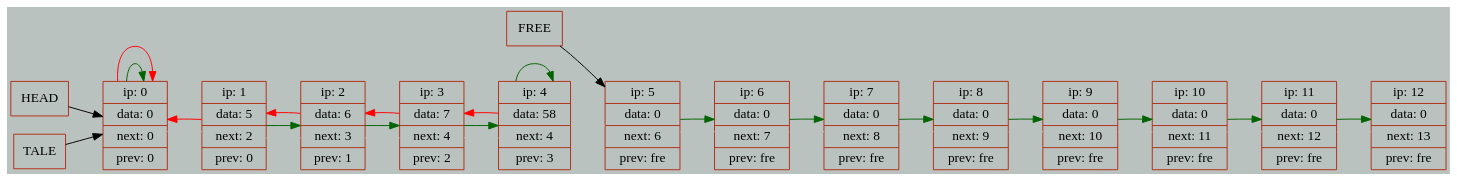
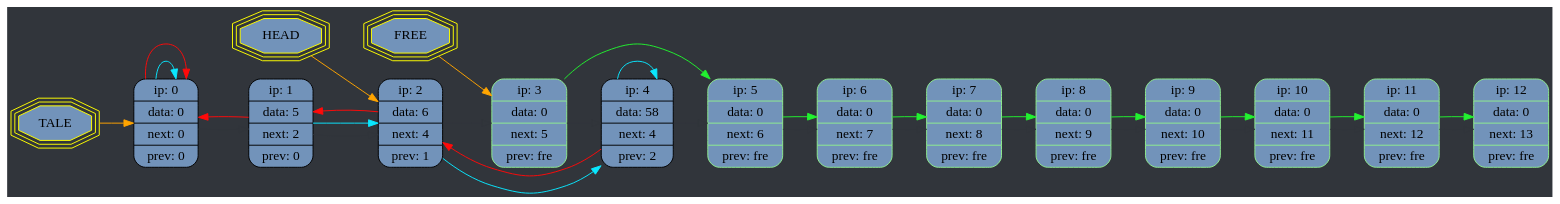
Before and after one commit to andrushechka37/List: the diagram in grath.dot, drawn with Graphviz. The commit also changed 3 other files, not shown here.

```diff
--- a/grath.dot
+++ b/grath.dot
@@ -1,47 +1,46 @@
 digraph structs {
 	rankdir=LR;
-	graph [bgcolor="#bac2c0"]
-	node[color="#b02f15",fontsize=14];
+	graph [bgcolor="#31353b"]
+	node[color="black",fontsize=14];
 	edge[color="darkgreen",fontcolor="blue",fontsize=12];
 
 
-	0 [shape=record,label=" ip: 0 | data: 0| next: 0| prev: 0" ];
-	1 [shape=record,label=" ip: 1 | data: 5| next: 2| prev: 0" ];
-	2 [shape=record,label=" ip: 2 | data: 6| next: 3| prev: 1" ];
-	3 [shape=record,label=" ip: 3 | data: 7| next: 4| prev: 2" ];
-	4 [shape=record,label=" ip: 4 | data: 58| next: 4| prev: 3" ];
-	5 [shape=record,label=" ip: 5 | data: 0| next: 6| prev: fre" ];
-	6 [shape=record,label=" ip: 6 | data: 0| next: 7| prev: fre" ];
-	7 [shape=record,label=" ip: 7 | data: 0| next: 8| prev: fre" ];
-	8 [shape=record,label=" ip: 8 | data: 0| next: 9| prev: fre" ];
-	9 [shape=record,label=" ip: 9 | data: 0| next: 10| prev: fre" ];
-	10 [shape=record,label=" ip: 10 | data: 0| next: 11| prev: fre" ];
-	11 [shape=record,label=" ip: 11 | data: 0| next: 12| prev: fre" ];
-	12 [shape=record,label=" ip: 12 | data: 0| next: 13| prev: fre" ];
+	0 [shape=Mrecord,style=filled, fillcolor="#7293ba", label=" ip: 0 | data: 0| next: 0| prev: 0" ];
+	1 [shape=Mrecord,style=filled, fillcolor="#7293ba", label=" ip: 1 | data: 5| next: 2| prev: 0" ];
+	2 [shape=Mrecord,style=filled, fillcolor="#7293ba", label=" ip: 2 | data: 6| next: 4| prev: 1" ];
+	3 [shape=Mrecord,style=filled, fillcolor="#7293ba", label=" ip: 3 | data: 0| next: 5| prev: fre" , color = lightgreen];
+	4 [shape=Mrecord,style=filled, fillcolor="#7293ba", label=" ip: 4 | data: 58| next: 4| prev: 2" ];
+	5 [shape=Mrecord,style=filled, fillcolor="#7293ba", label=" ip: 5 | data: 0| next: 6| prev: fre" , color = lightgreen];
+	6 [shape=Mrecord,style=filled, fillcolor="#7293ba", label=" ip: 6 | data: 0| next: 7| prev: fre" , color = lightgreen];
+	7 [shape=Mrecord,style=filled, fillcolor="#7293ba", label=" ip: 7 | data: 0| next: 8| prev: fre" , color = lightgreen];
+	8 [shape=Mrecord,style=filled, fillcolor="#7293ba", label=" ip: 8 | data: 0| next: 9| prev: fre" , color = lightgreen];
+	9 [shape=Mrecord,style=filled, fillcolor="#7293ba", label=" ip: 9 | data: 0| next: 10| prev: fre" , color = lightgreen];
+	10 [shape=Mrecord,style=filled, fillcolor="#7293ba", label=" ip: 10 | data: 0| next: 11| prev: fre" , color = lightgreen];
+	11 [shape=Mrecord,style=filled, fillcolor="#7293ba", label=" ip: 11 | data: 0| next: 12| prev: fre" , color = lightgreen];
+	12 [shape=Mrecord,style=filled, fillcolor="#7293ba", label=" ip: 12 | data: 0| next: 13| prev: fre" , color = lightgreen];
 
-	0->1->2->3->4->5->6->7->8->9->10->11->12[weight = 10000, color = "#bac2c0"];
-	0->0[color = "darkgreen"];
-	1->2[color = "darkgreen"];
-	2->3[color = "darkgreen"];
-	3->4[color = "darkgreen"];
-	4->4[color = "darkgreen"];
-	5->6[color = "darkgreen"];
-	6->7[color = "darkgreen"];
-	7->8[color = "darkgreen"];
-	8->9[color = "darkgreen"];
-	9->10[color = "darkgreen"];
-	10->11[color = "darkgreen"];
-	11->12[color = "darkgreen"];
-	 0 -> 0[color = "red"];
-	 1 -> 0[color = "red"];
-	 2 -> 1[color = "red"];
-	 3 -> 2[color = "red"];
-	 4 -> 3[color = "red"];
-	h [shape=record,label="HEAD" ];
-	t [shape=record,label="TALE" ];
-	f [shape=record,label="FREE" ];
-	h->0[color = "black"];
-	t->0[color = "black"];
-	f->5[color = "black"];
+	0->1->2->3->4->5->6->7->8->9->10->11->12[weight = 10000, color = "#31353b"];
+	0->0[color = "#0ae7ff"];
+	1->2[color = "#0ae7ff"];
+	2->4[color = "#0ae7ff"];
+	3->5[color = "#22f230"];
+	4->4[color = "#0ae7ff"];
+	5->6[color = "#22f230"];
+	6->7[color = "#22f230"];
+	7->8[color = "#22f230"];
+	8->9[color = "#22f230"];
+	9->10[color = "#22f230"];
+	10->11[color = "#22f230"];
+	11->12[color = "#22f230"];
+	 0 -> 0[color = "#ff0a0a"];
+	 1 -> 0[color = "#ff0a0a"];
+	 2 -> 1[color = "#ff0a0a"];
+	 4 -> 2[color = "#ff0a0a"];
+	h [shape=tripleoctagon,label="HEAD", color = "yellow", fillcolor="#7293ba",style=filled  ];
+	t [shape=tripleoctagon,label="TALE", color = "yellow", fillcolor="#7293ba",style=filled ];
+	f [shape=tripleoctagon,label="FREE", color = "yellow", fillcolor="#7293ba",style=filled ];
+	h->2[color = "orange"];
+	t->0[color = "orange"];
+	f->3[color = "orange"];
 
 }
```
